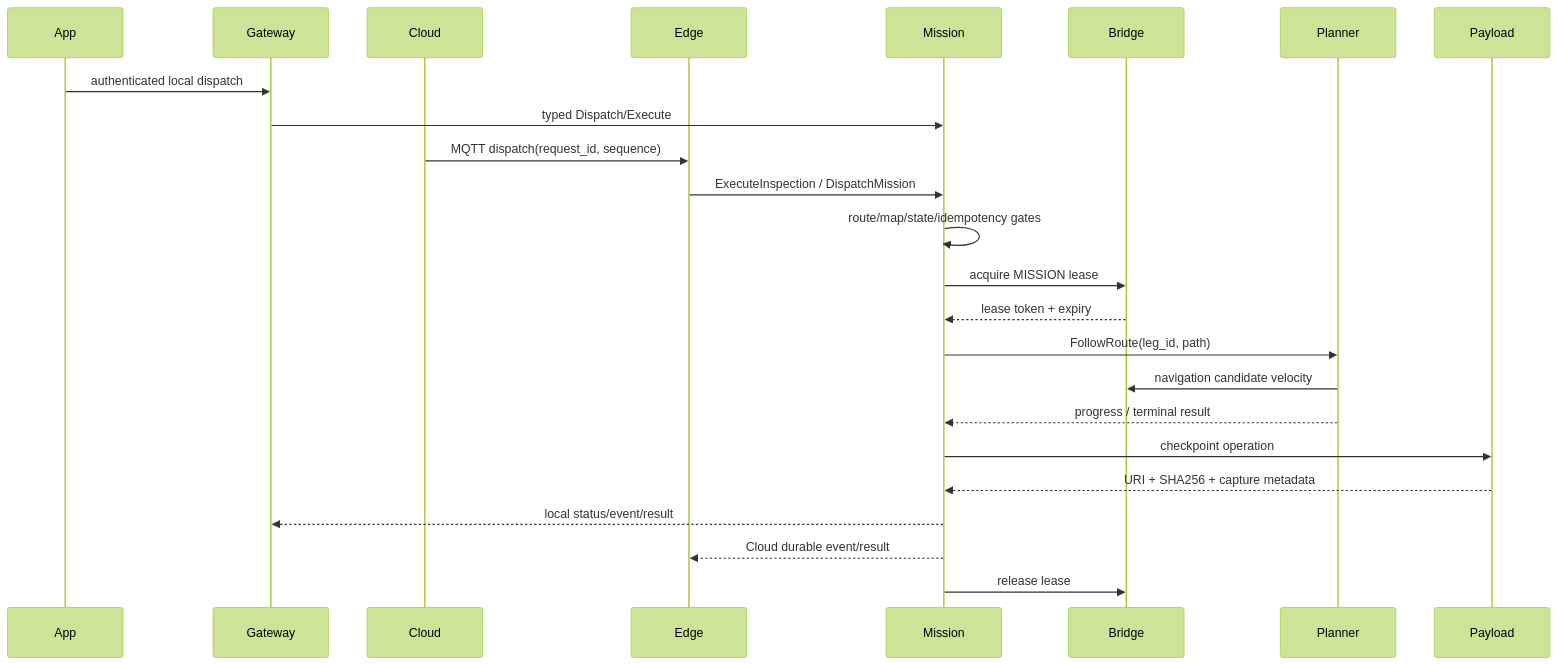
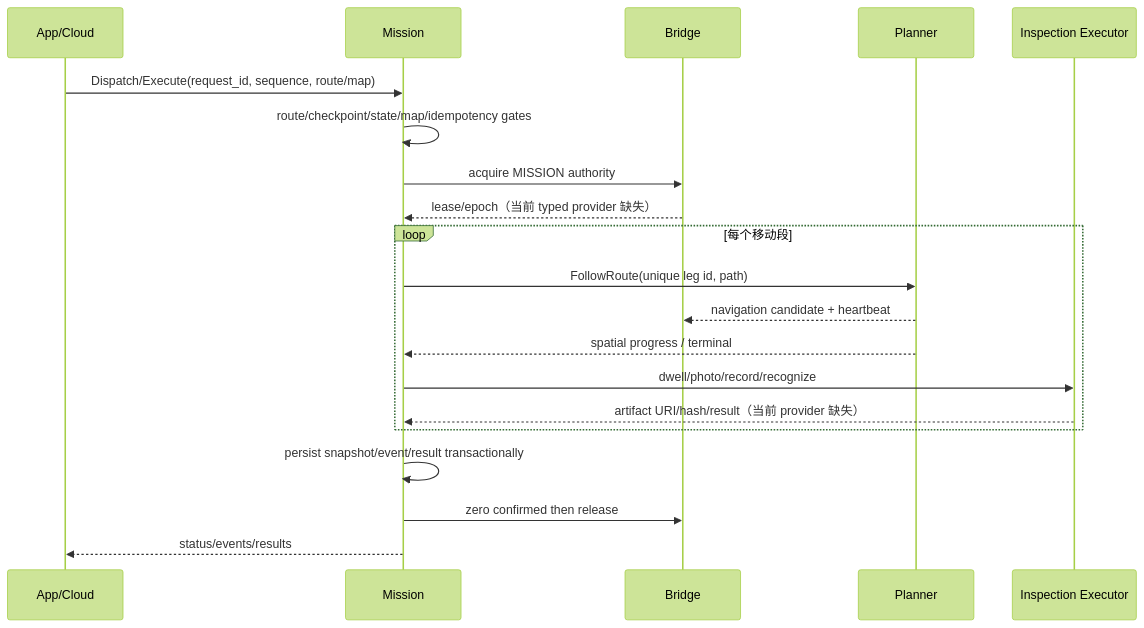
The fifth of 6 diagrams in docs/ARCHITECTURE.md (YanYaoyuan/omni_navi), drawn with Mermaid (forest theme) before and after one commit. The commit also changed other lines of this file and 5 other files, not shown here.

Commit message:
docs: document full-stack architecture audit

````diff
--- a/docs/ARCHITECTURE.md
+++ b/docs/ARCHITECTURE.md
@@ -291,26 +383,22 @@
 ```mermaid
 sequenceDiagram
-    participant App
-    participant Gateway
-    participant Cloud
-    participant Edge
-    participant Mission
-    participant Bridge
-    participant Planner
-    participant Payload
-    App->>Gateway: authenticated local dispatch
-    Gateway->>Mission: typed Dispatch/Execute
-    Cloud->>Edge: MQTT dispatch(request_id, sequence)
-    Edge->>Mission: ExecuteInspection / DispatchMission
-    Mission->>Mission: route/map/state/idempotency gates
-    Mission->>Bridge: acquire MISSION lease
-    Bridge-->>Mission: lease token + expiry
-    Mission->>Planner: FollowRoute(leg_id, path)
-    Planner->>Bridge: navigation candidate velocity
-    Planner-->>Mission: progress / terminal result
-    Mission->>Payload: checkpoint operation
-    Payload-->>Mission: URI + SHA256 + capture metadata
-    Mission-->>Gateway: local status/event/result
-    Mission-->>Edge: Cloud durable event/result
-    Mission->>Bridge: release lease
+    participant C as App/Cloud
+    participant M as Mission
+    participant B as Bridge
+    participant P as Planner
+    participant X as Inspection Executor
+    C->>M: Dispatch/Execute(request_id, sequence, route/map)
+    M->>M: route/checkpoint/state/map/idempotency gates
+    M->>B: acquire MISSION authority
+    B-->>M: lease/epoch（当前 typed provider 缺失）
+    loop 每个移动段
+        M->>P: FollowRoute(unique leg id, path)
+        P-->>B: navigation candidate + heartbeat
+        P-->>M: spatial progress / terminal
+        M->>X: dwell/photo/record/recognize
+        X-->>M: artifact URI/hash/result（当前 provider 缺失）
+    end
+    M->>M: persist snapshot/event/result transactionally
+    M->>B: zero confirmed then release
+    M-->>C: status/events/results
 ```
````
